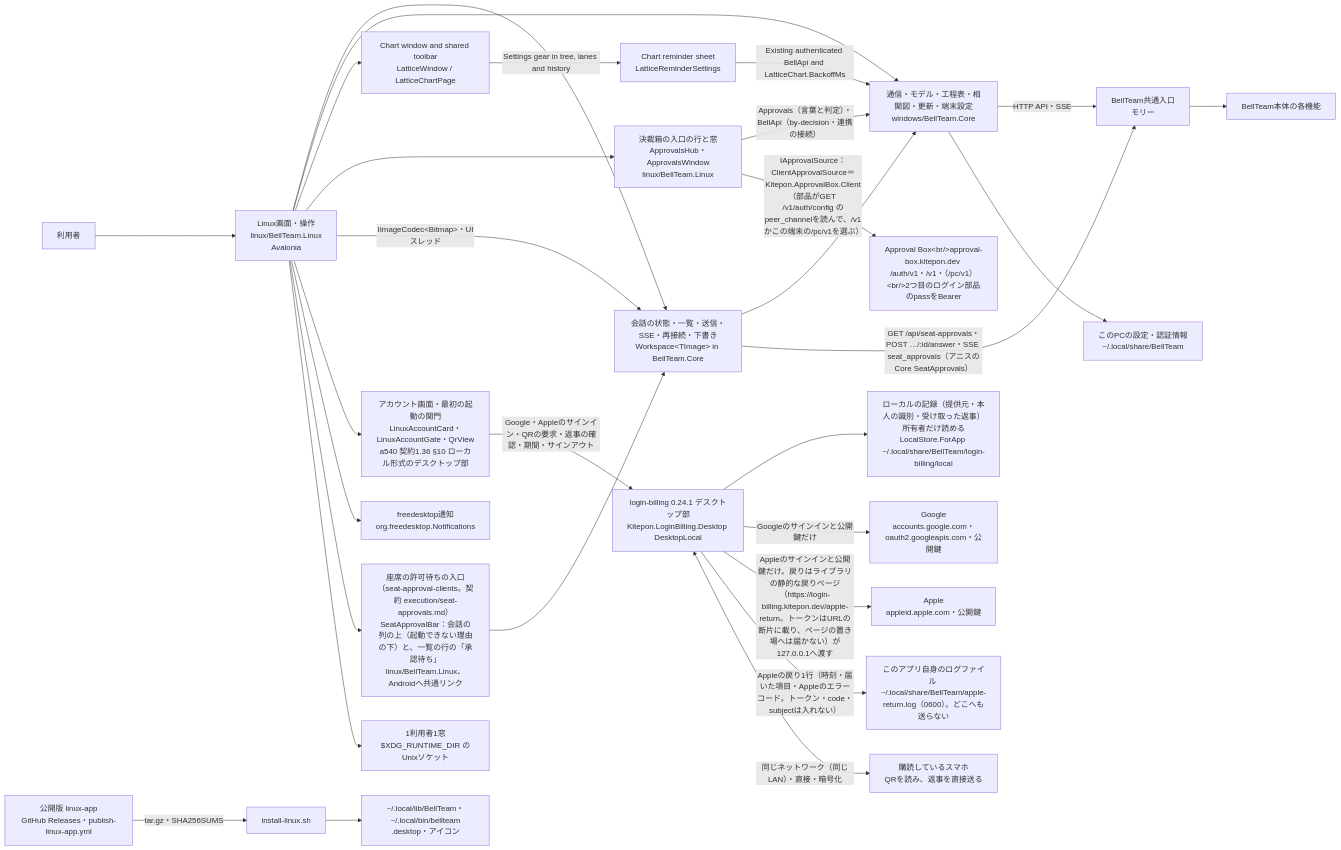
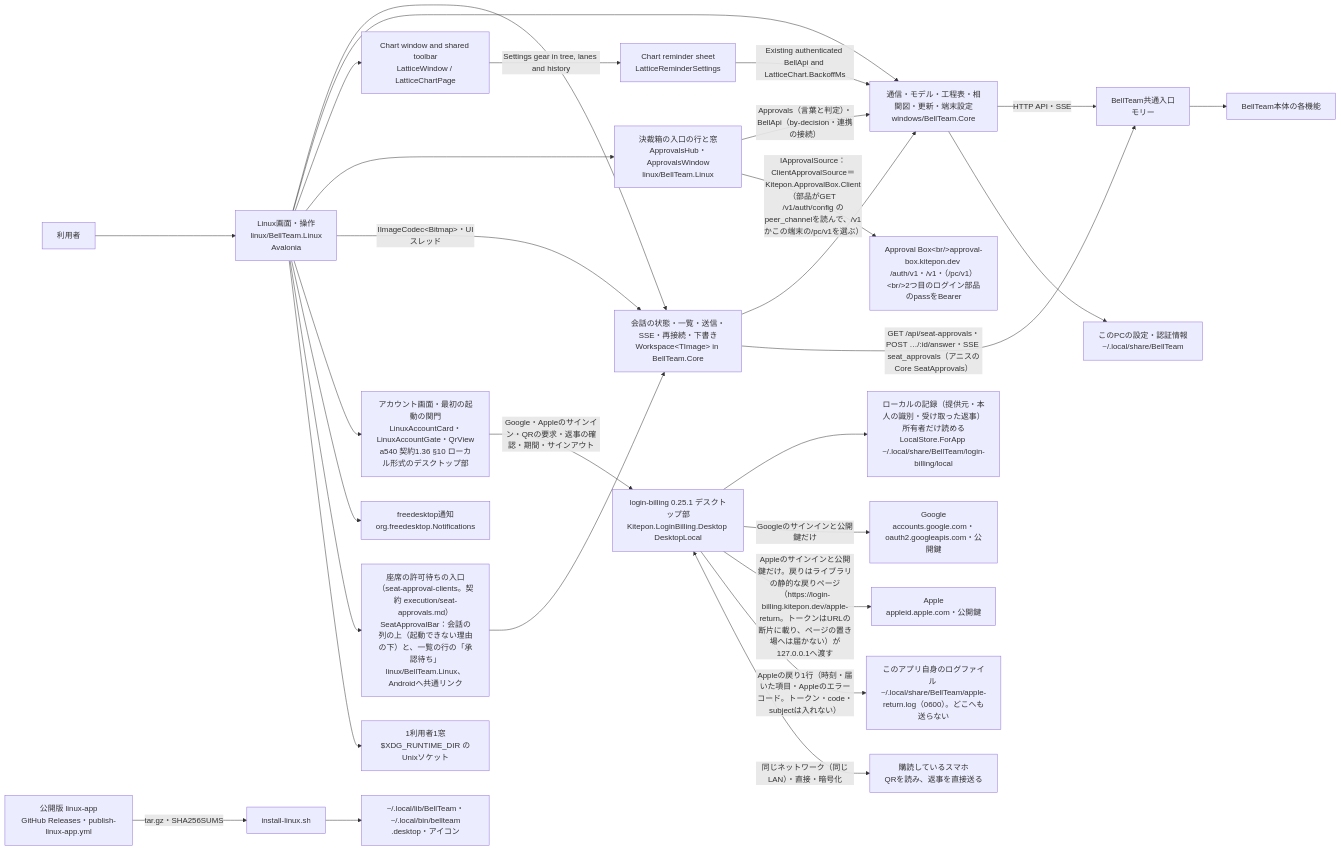
Before and after one commit to kitepon/BellTeam: the first of 3 diagrams in docs/linux-architecture.md, drawn with Mermaid. The commit also changed other lines of this file and 28 other files, not shown here.

First line of the commit message:
login-billing 0.25.1 and Approval Box client 0.6.1: join code beside the QR (open in 決裁箱 first on a phone), return link, library failure words, store-proof accept fix (Linux/Android)

````diff
--- a/docs/linux-architecture.md
+++ b/docs/linux-architecture.md
@@ -9,31 +9,31 @@
 ```mermaid
 flowchart LR
   user[利用者] --> ui[Linux画面・操作<br/>linux/BellTeam.Linux<br/>Avalonia]
   ui --> ws[会話の状態・一覧・送信・SSE・再接続・下書き<br/>Workspace&lt;TImage&gt; in BellTeam.Core]
   ui --> core[通信・モデル・工程表・相関図・更新・端末設定<br/>windows/BellTeam.Core]
   ui --> chart[Chart window and shared toolbar<br/>LatticeWindow / LatticeChartPage]
   chart -->|Settings gear in tree, lanes and history| reminders[Chart reminder sheet<br/>LatticeReminderSettings]
   reminders -->|Existing authenticated BellApi and LatticeChart.BackoffMs| core
   ui --> abx[決裁箱の入口の行と窓<br/>ApprovalsHub・ApprovalsWindow<br/>linux/BellTeam.Linux]
   abx -->|Approvals（言葉と判定）・BellApi（by-decision・連携の接続）| core
   abx -->|IApprovalSource：ClientApprovalSource＝Kitepon.ApprovalBox.Client（部品がGET /v1/auth/config のpeer_channelを読んで、/v1かこの端末の/pc/v1を選ぶ）| abxsrv[Approval Box&lt;br/&gt;approval-box.kitepon.dev /auth/v1・/v1・（/pc/v1）&lt;br/&gt;2つ目のログイン部品のpassをBearer]
   ws --> core
   ui -->|IImageCodec&lt;Bitmap&gt;・UIスレッド| ws
   core -->|HTTP API・SSE| integration[BellTeam共通入口<br/>モリー]
   core --> local[このPCの設定・認証情報<br/>~/.local/share/BellTeam]
   ui --> account[アカウント画面・最初の起動の関門<br/>LinuxAccountCard・LinuxAccountGate・QrView<br/>a540 契約1.36 §10 ローカル形式のデスクトップ部]
-  account -->|Google・Appleのサインイン・QRの要求・返事の確認・期間・サインアウト| lib[login-billing 0.24.1 デスクトップ部<br/>Kitepon.LoginBilling.Desktop DesktopLocal]
+  account -->|Google・Appleのサインイン・QRの要求・返事の確認・期間・サインアウト| lib[login-billing 0.25.1 デスクトップ部<br/>Kitepon.LoginBilling.Desktop DesktopLocal]
   lib --> pass[ローカルの記録（提供元・本人の識別・受け取った返事）所有者だけ読める<br/>LocalStore.ForApp ~/.local/share/BellTeam/login-billing/local]
   lib -->|Googleのサインインと公開鍵だけ| google[Google<br/>accounts.google.com・oauth2.googleapis.com・公開鍵]
   lib -->|Appleのサインインと公開鍵だけ。戻りはライブラリの静的な戻りページ（https://login-billing.kitepon.dev/apple-return。トークンはURLの断片に載り、ページの置き場へは届かない）が127.0.0.1へ渡す| apple[Apple<br/>appleid.apple.com・公開鍵]
   lib -->|Appleの戻り1行（時刻・届いた項目・Appleのエラーコード。トークン・code・subjectは入れない）| devlog[このアプリ自身のログファイル ~/.local/share/BellTeam/apple-return.log（0600）。どこへも送らない]
   lib <-->|同じネットワーク（同じLAN）・直接・暗号化| phone[購読しているスマホ<br/>QRを読み、返事を直接送る]
   ui --> notify[freedesktop通知<br/>org.freedesktop.Notifications]
   ui --> seat[座席の許可待ちの入口（seat-approval-clients。契約 execution/seat-approvals.md）<br/>SeatApprovalBar：会話の列の上（起動できない理由の下）と、一覧の行の「承認待ち」<br/>linux/BellTeam.Linux、Androidへ共通リンク]
   seat --> ws
   ws -->|"GET /api/seat-approvals・POST …/:id/answer・SSE seat_approvals（アニスのCore SeatApprovals）"| integration
   ui --> single[1利用者1窓<br/>$XDG_RUNTIME_DIR のUnixソケット]
   release[公開版 linux-app<br/>GitHub Releases・publish-linux-app.yml] -->|tar.gz・SHA256SUMS| install[install-linux.sh]
   install --> files[~/.local/lib/BellTeam・~/.local/bin/bellteam<br/>.desktop・アイコン]
   integration --> server[BellTeam本体の各機能]
 ```
````
